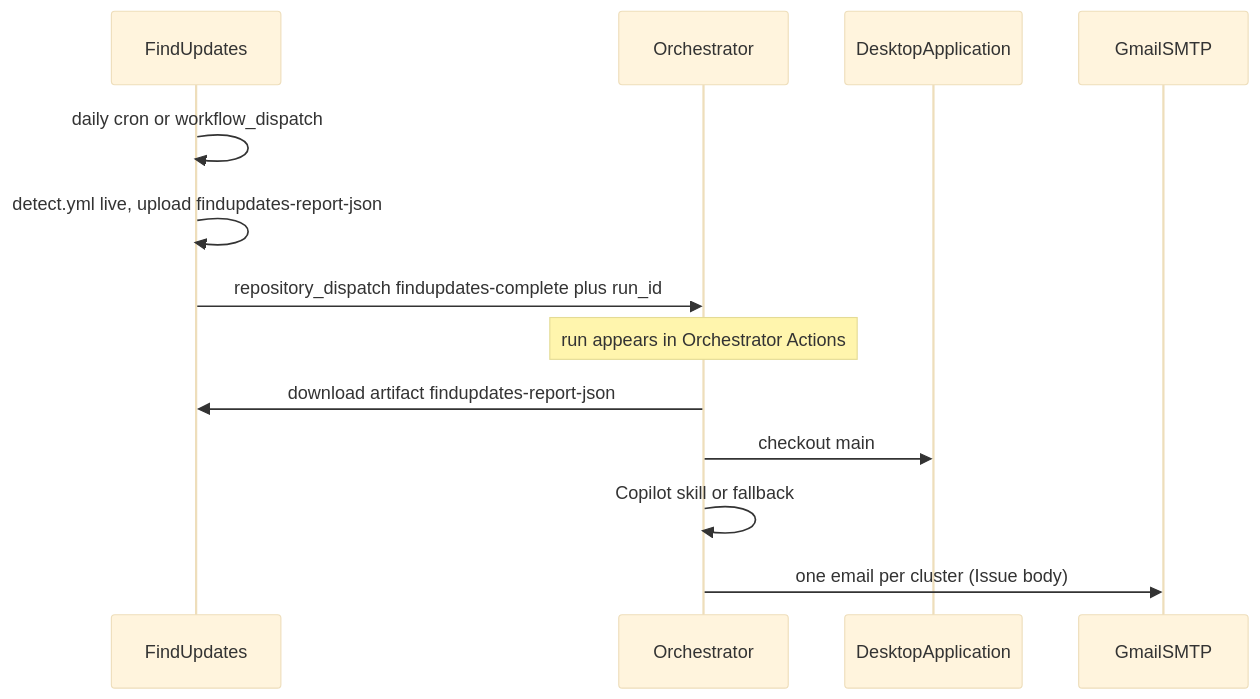
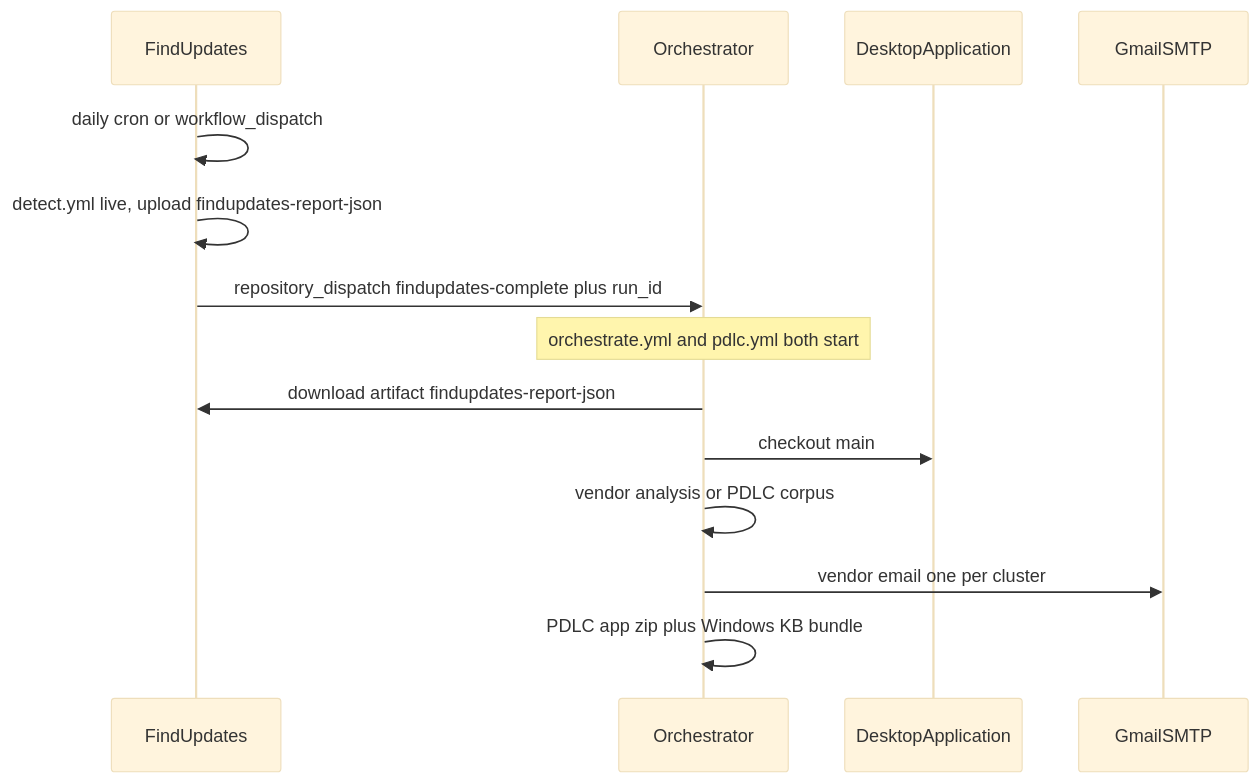
One commit to defrances/Orchestrator changed the diagram in README.md. Above: the diagram before and after it, drawn with Mermaid (base theme). The commit also changed other lines of this file and 1 other file, not shown here.

Commit message:
Start product PDLC from the same FindUpdates complete event.

````diff
--- a/README.md
+++ b/README.md
@@ -16,15 +15,16 @@
 ```mermaid
 sequenceDiagram
   participant FU as FindUpdates
   participant Orch as Orchestrator
   participant DA as DesktopApplication
   participant Mail as GmailSMTP
   FU->>FU: daily cron or workflow_dispatch
   FU->>FU: detect.yml live, upload findupdates-report-json
   FU->>Orch: repository_dispatch findupdates-complete plus run_id
-  Note over Orch: run appears in Orchestrator Actions
+  Note over Orch: orchestrate.yml and pdlc.yml both start
   Orch->>FU: download artifact findupdates-report-json
   Orch->>DA: checkout main
-  Orch->>Orch: Copilot skill or fallback
-  Orch->>Mail: one email per cluster (Issue body)
+  Orch->>Orch: vendor analysis or PDLC corpus
+  Orch->>Mail: vendor email one per cluster
+  Orch->>Orch: PDLC app zip plus Windows KB bundle
 ```
````
